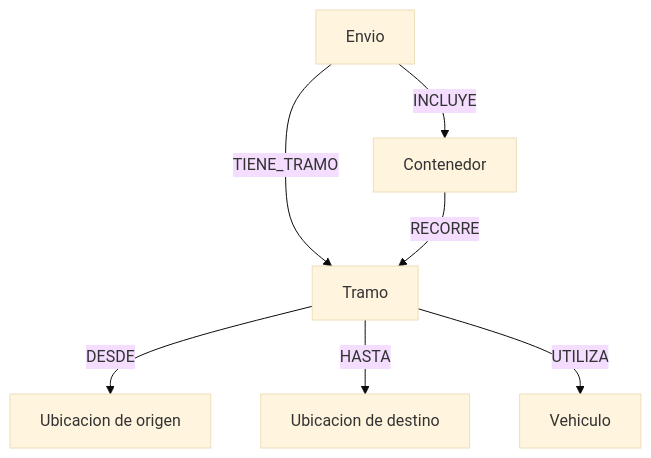
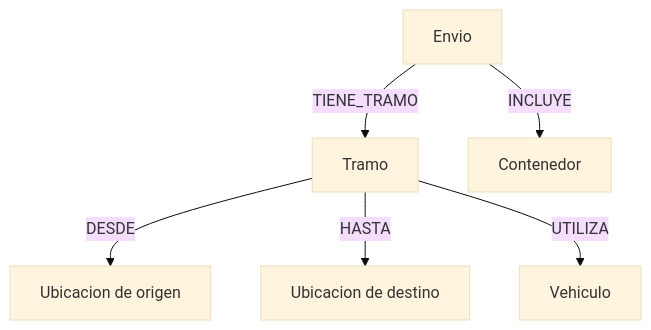
The second of 4 diagrams in docs/diagramas.md (Thiago-Alm/tp_logistica), drawn with Mermaid (base theme) before and after one commit. The commit also changed other lines of this file and 1 other file, not shown here.

````diff
--- a/docs/diagramas.md
+++ b/docs/diagramas.md
@@ -26,9 +26,8 @@
 ```mermaid
 flowchart TD
     E[Envio] -->|TIENE_TRAMO| T[Tramo]
     E -->|INCLUYE| C[Contenedor]
-    C -->|RECORRE| T
     T -->|DESDE| UO[Ubicacion de origen]
     T -->|HASTA| UD[Ubicacion de destino]
     T -->|UTILIZA| V[Vehiculo]
 ```
````
